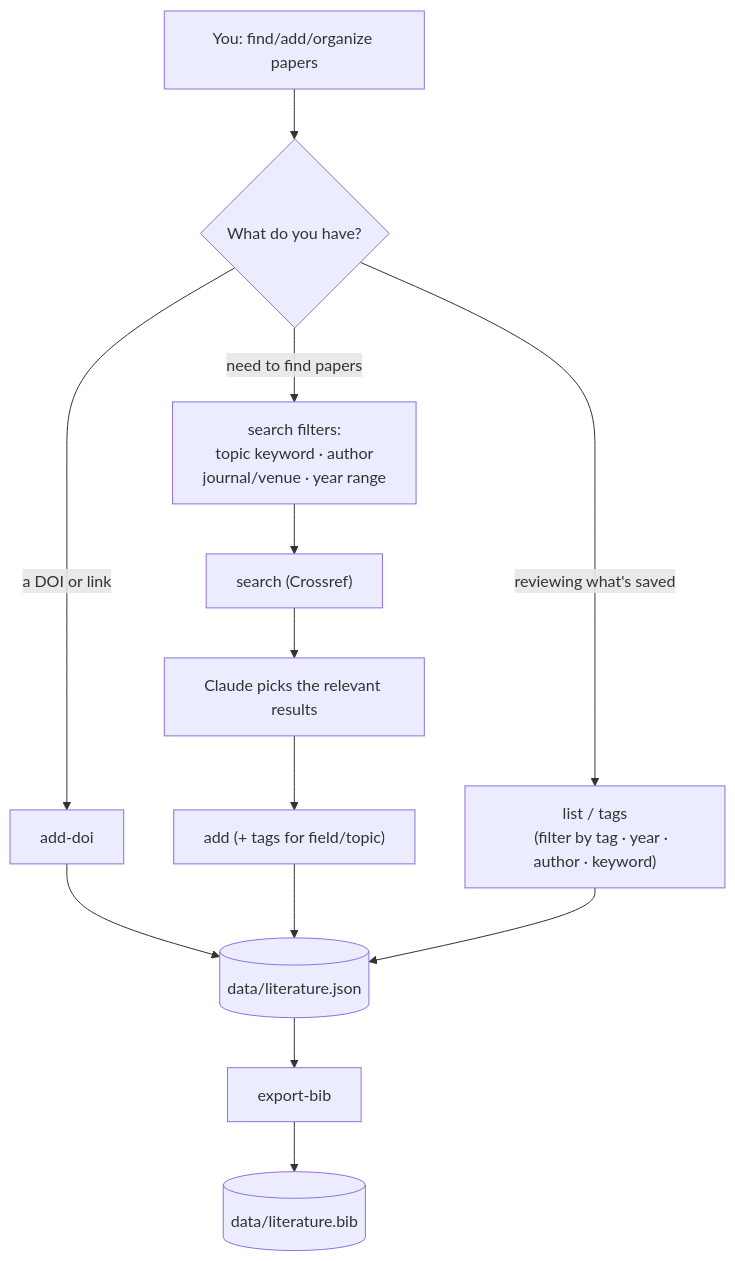
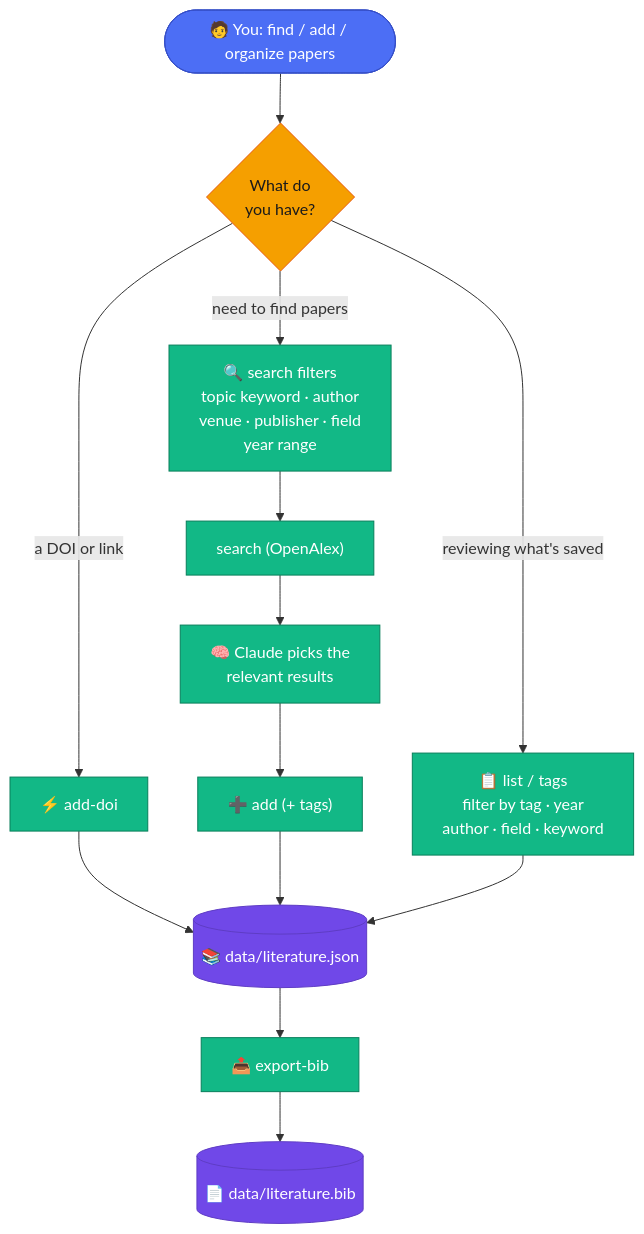
The diagram in README.md (jacklin92/literature-skill), drawn with Mermaid before and after one commit. The commit also changed other lines of this file and 3 other files, not shown here.

First line of the commit message:
Switch search backend to OpenAlex, add publisher/field filters, polish diagrams

````diff
--- a/README.md
+++ b/README.md
@@ -19,18 +19,35 @@
 ```mermaid
 flowchart TD
-    U["You: find/add/organize papers"] --> Q{What do you have?}
-    Q -->|a DOI or link| AD["add-doi"]
-    Q -->|need to find papers| SP["search filters:
+    U(["🧑 You: find / add / organize papers"]) --> Q{What do<br/>you have?}
+
+    Q -->|a DOI or link| AD["⚡ add-doi"]
+    Q -->|need to find papers| SP["🔍 search filters
     topic keyword · author
-    journal/venue · year range"]
-    SP --> S["search (Crossref)"]
-    S --> R["Claude picks the relevant results"]
-    R --> AD2["add (+ tags for field/topic)"]
-    AD --> J[("data/literature.json")]
+    venue · publisher · field
+    year range"]
+    Q -->|reviewing what's saved| L["📋 list / tags
+    filter by tag · year
+    author · field · keyword"]
+
+    SP --> S["search (OpenAlex)"]
+    S --> R["🧠 Claude picks the
+    relevant results"]
+    R --> AD2["➕ add (+ tags)"]
+
+    AD --> J[("📚 data/literature.json")]
     AD2 --> J
-    Q -->|reviewing what's saved| L["list / tags
-    (filter by tag · year · author · keyword)"]
     L --> J
-    J --> B["export-bib"]
-    B --> F[("data/literature.bib")]
+
+    J --> B["📤 export-bib"]
+    B --> F[("📄 data/literature.bib")]
+
+    classDef input fill:#4c6ef5,stroke:#364fc7,color:#fff
+    classDef action fill:#12b886,stroke:#087f5b,color:#fff
+    classDef decision fill:#f59f00,stroke:#e8590c,color:#1a1a1a
+    classDef store fill:#7048e8,stroke:#5f3dc4,color:#fff
+
+    class U input
+    class Q decision
+    class AD,SP,S,R,AD2,L,B action
+    class J,F store
 ```
````
